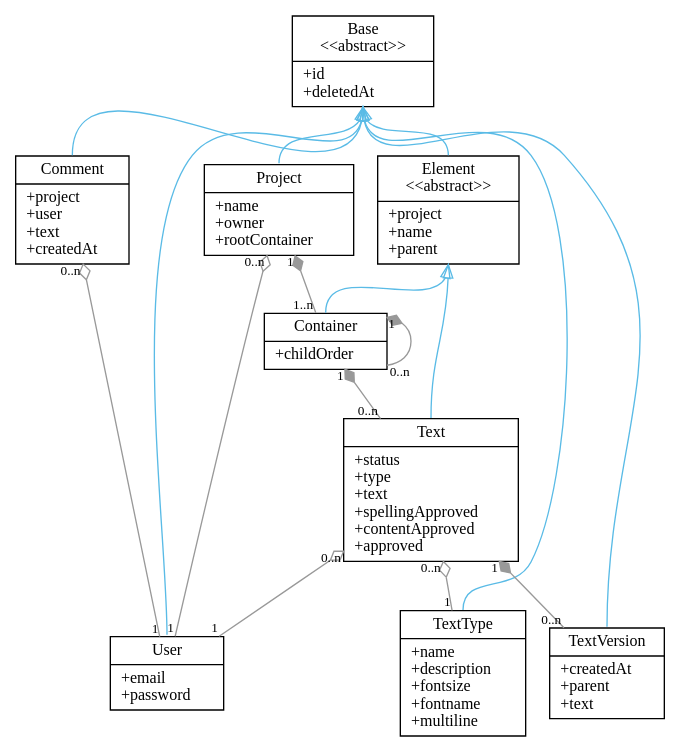
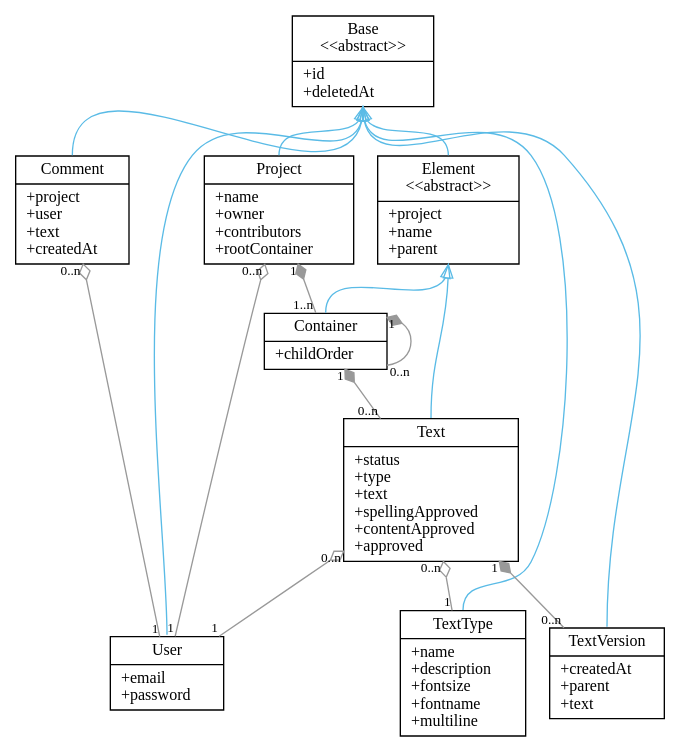
The diagram in documents/thesis/media/prototyp-persistenz.dot (retext/retext), drawn with Graphviz before and after one commit. The commit also changed 11 other files, not shown here.

```diff
--- a/documents/thesis/media/prototyp-persistenz.dot
+++ b/documents/thesis/media/prototyp-persistenz.dot
@@ -1,51 +1,51 @@
 digraph G {
 
 graph [ rankdir=BT ]
 node [ shape=record fontsize=12 ]
 edge [ fontsize=10 ]
 
 Base [ label="{Base\n&lt;&lt;abstract&gt;&gt;|+id\l+deletedAt\l}" ]
 Element [ label="{Element\n&lt;&lt;abstract&gt;&gt;|+project\l+name\l+parent\l}" ]
-Projekt [ label="{Project|+name\l+owner\l+rootContainer\l}" ]
+Projekt [ label="{Project|+name\l+owner\l+contributors\l+rootContainer\l}" ]
 Container [ label="{Container|+childOrder\l}" ]
 Textbaustein [ label="{Text|+status\l+type\l+text\l+spellingApproved\l+contentApproved\l+approved\l}" ]
 TextTyp [ label="{TextType|+name\l+description\l+fontsize\l+fontname\l+multiline\l}" ]
 Benutzer [ label="{User|+email\l+password\l}" ]
 Kommentar [ label="{Comment|+project\l+user\l+text\l+createdAt\l}" ]
 Version [ label="{TextVersion|+createdAt\l+parent\l+text\l}" ]
 
 # Association
 edge [ arrowhead=none color="#999999" ]
 
 # Aggregation
 # Aggregation can occur when a class is a collection or container of other classes, but where the contained classes do not have a strong life cycle dependency on the container—essentially, if the container is destroyed, its contents are not.
 # In UML, it is graphically represented as a hollow diamond shape on the containing class end of the tree with lines that connect contained classes to the containing class.
 edge [ arrowhead=odiamond ]
 Benutzer -> Textbaustein [ taillabel="1" headlabel="0..n" ]
 Benutzer -> Kommentar [ taillabel="1" headlabel="0..n" ]
 Benutzer -> Projekt [ taillabel="1" headlabel="0..n" ]
 TextTyp -> Textbaustein [ taillabel="1" headlabel="0..n" ]
 
 # Composition
 # Composition usually has a strong life cycle dependency between instances of the container class and instances of the contained class(es): If the container is destroyed, normally every instance that it contains is destroyed as well. 
 # The UML graphical representation of a composition relationship is a filled diamond shape on the containing class end of the tree of lines that connect contained class(es) to the containing class.
 edge [ arrowhead=diamond ]
 Container -> Container [ taillabel="0..n" headlabel="1" ]
 Textbaustein -> Container [ taillabel="0..n" headlabel="1" ]
 Container -> Projekt [ taillabel="1..n" headlabel="1" ]
 Version -> Textbaustein  [ taillabel="0..n" headlabel="1" ]
 
 # Generalization
 node [ shape=point color="#5abbe6" ]
 
 edge [ arrowtail=none arrowhead=onormal color="#5abbe6" fontcolor="#5abbe6" weight=10 headport=s tailport=n ]
 Projekt -> Base
 Container -> Element
 Textbaustein -> Element
 Element -> Base
 TextTyp -> Base
 Version -> Base
 Kommentar -> Base
 Benutzer -> Base
 
 }
```
